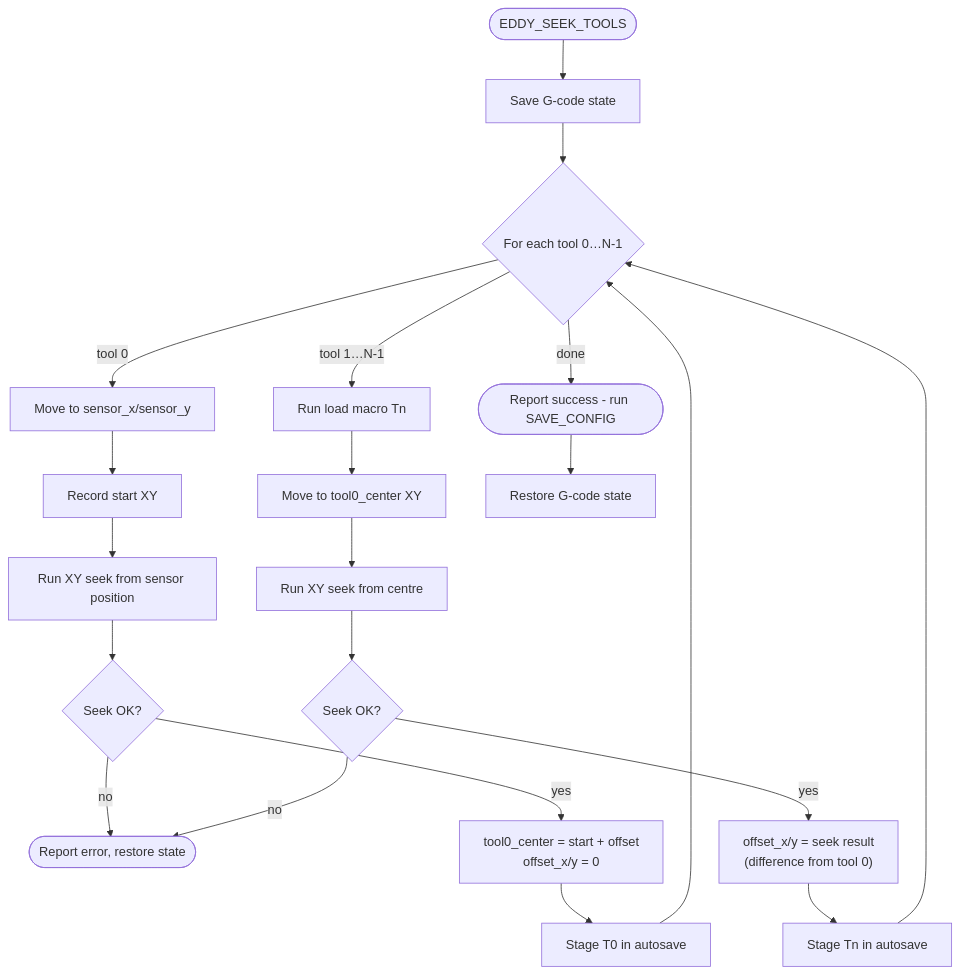
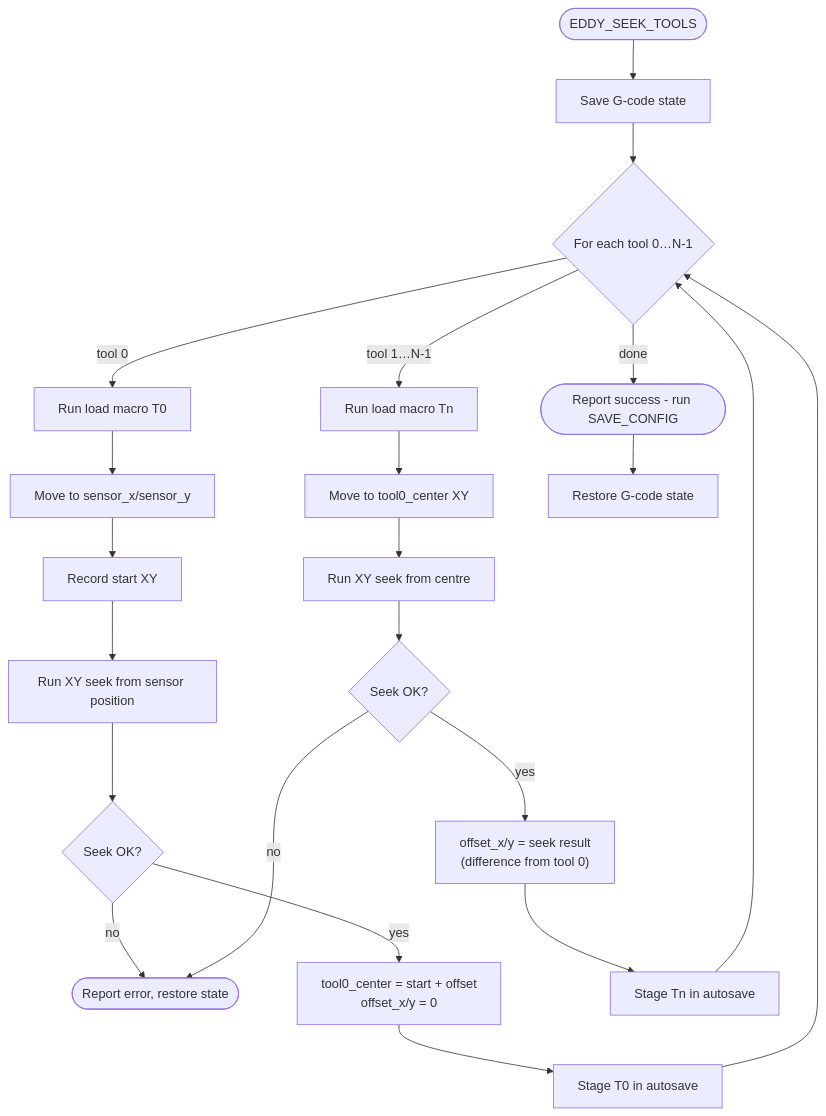
One commit to charliemayall/EddySeek changed the second of 7 diagrams in docs/CALIBRATION_PROCESS.md. Above: the diagram before and after it, drawn with Mermaid. The commit also changed other lines of this file and 3 other files, not shown here.

Commit message:
fix(docs,eddy_seek): clarify load macro behavior for tool alignment and update documentation for `EDDY_SEEK_TOOLS`

````diff
--- a/docs/CALIBRATION_PROCESS.md
+++ b/docs/CALIBRATION_PROCESS.md
@@ -59,26 +59,27 @@
 ```mermaid
 flowchart TD
     START([EDDY_SEEK_TOOLS]) --> SAVE[Save G-code state]
     SAVE --> LOOP{For each tool 0…N-1}
 
-    LOOP -->|tool 0| T0_MOVE[Move to sensor_x/sensor_y]
+    LOOP -->|tool 0| T0_LOAD[Run load macro T0]
+    T0_LOAD --> T0_MOVE[Move to sensor_x/sensor_y]
     T0_MOVE --> T0_START[Record start XY]
     T0_START --> T0_SEEK[Run XY seek from sensor position]
     T0_SEEK --> T0_OK{Seek OK?}
     T0_OK -->|no| FAIL([Report error, restore state])
     T0_OK -->|yes| T0_CENTER["tool0_center = start + offset<br/>offset_x/y = 0"]
     T0_CENTER --> STAGE0[Stage T0 in autosave]
 
     LOOP -->|tool 1…N-1| LOAD[Run load macro Tn]
     LOAD --> MOVE[Move to tool0_center XY]
     MOVE --> TN_SEEK[Run XY seek from centre]
     TN_SEEK --> TN_OK{Seek OK?}
     TN_OK -->|no| FAIL
     TN_OK -->|yes| TN_OFF["offset_x/y = seek result<br/>(difference from tool 0)"]
     TN_OFF --> STAGEN[Stage Tn in autosave]
 
     STAGE0 --> LOOP
     STAGEN --> LOOP
     LOOP -->|done| DONE([Report success - run SAVE_CONFIG])
     DONE --> RESTORE[Restore G-code state]
 ```
````
